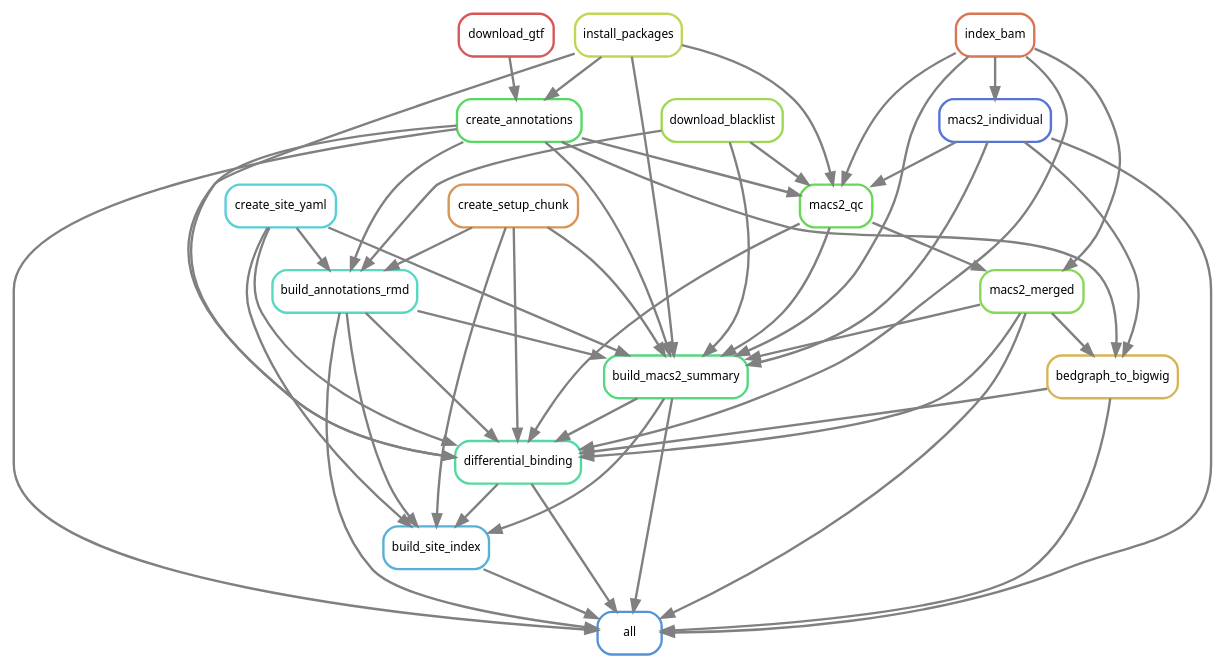
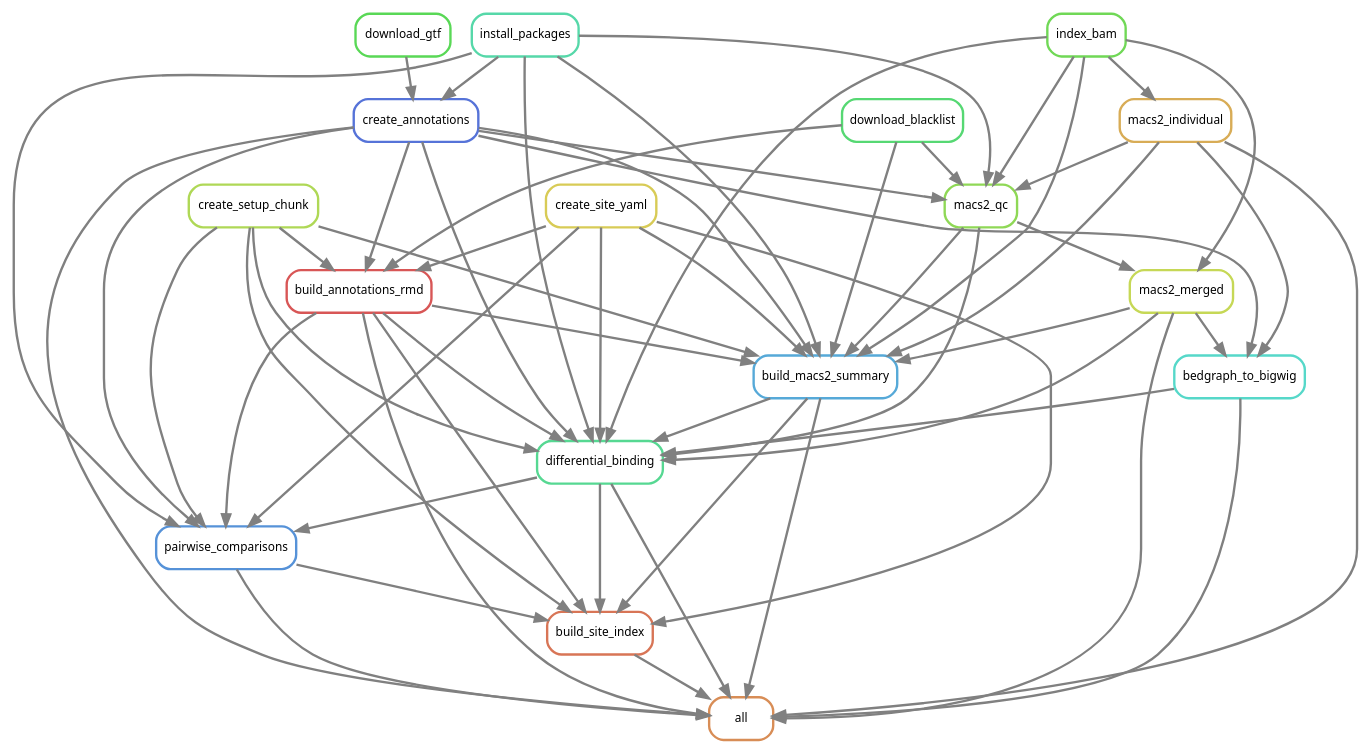
The diagram in workflow/rules/rulegraph.dot (smped/GRAVI), drawn with Graphviz before and after one commit. The commit also changed 2 other files, not shown here.

```diff
--- a/workflow/rules/rulegraph.dot
+++ b/workflow/rules/rulegraph.dot
@@ -1,71 +1,80 @@
 digraph snakemake_dag {
     graph[bgcolor=white, margin=0];
     node[shape=box, style=rounded, fontname=sans,                 fontsize=10, penwidth=2];
     edge[penwidth=2, color=grey];
-	0[label = "all", color = "0.59 0.6 0.85", style="rounded"];
-	1[label = "create_annotations", color = "0.35 0.6 0.85", style="rounded"];
-	2[label = "download_gtf", color = "0.00 0.6 0.85", style="rounded"];
-	3[label = "install_packages", color = "0.20 0.6 0.85", style="rounded"];
-	4[label = "build_annotations_rmd", color = "0.47 0.6 0.85", style="rounded"];
-	5[label = "download_blacklist", color = "0.24 0.6 0.85", style="rounded"];
-	6[label = "create_setup_chunk", color = "0.08 0.6 0.85", style="rounded"];
-	7[label = "create_site_yaml", color = "0.51 0.6 0.85", style="rounded"];
-	8[label = "build_macs2_summary", color = "0.39 0.6 0.85", style="rounded"];
-	9[label = "index_bam", color = "0.04 0.6 0.85", style="rounded"];
-	10[label = "macs2_individual", color = "0.63 0.6 0.85", style="rounded"];
-	11[label = "macs2_merged", color = "0.27 0.6 0.85", style="rounded"];
-	12[label = "macs2_qc", color = "0.31 0.6 0.85", style="rounded"];
-	13[label = "differential_binding", color = "0.43 0.6 0.85", style="rounded"];
-	14[label = "bedgraph_to_bigwig", color = "0.12 0.6 0.85", style="rounded"];
-	15[label = "build_site_index", color = "0.55 0.6 0.85", style="rounded"];
+	0[label = "all", color = "0.07 0.6 0.85", style="rounded"];
+	1[label = "create_annotations", color = "0.63 0.6 0.85", style="rounded"];
+	2[label = "download_gtf", color = "0.33 0.6 0.85", style="rounded"];
+	3[label = "install_packages", color = "0.44 0.6 0.85", style="rounded"];
+	4[label = "build_annotations_rmd", color = "0.00 0.6 0.85", style="rounded"];
+	5[label = "download_blacklist", color = "0.37 0.6 0.85", style="rounded"];
+	6[label = "create_setup_chunk", color = "0.22 0.6 0.85", style="rounded"];
+	7[label = "create_site_yaml", color = "0.15 0.6 0.85", style="rounded"];
+	8[label = "build_macs2_summary", color = "0.56 0.6 0.85", style="rounded"];
+	9[label = "index_bam", color = "0.30 0.6 0.85", style="rounded"];
+	10[label = "macs2_individual", color = "0.11 0.6 0.85", style="rounded"];
+	11[label = "macs2_merged", color = "0.19 0.6 0.85", style="rounded"];
+	12[label = "macs2_qc", color = "0.26 0.6 0.85", style="rounded"];
+	13[label = "differential_binding", color = "0.41 0.6 0.85", style="rounded"];
+	14[label = "bedgraph_to_bigwig", color = "0.48 0.6 0.85", style="rounded"];
+	15[label = "pairwise_comparisons", color = "0.59 0.6 0.85", style="rounded"];
+	16[label = "build_site_index", color = "0.04 0.6 0.85", style="rounded"];
+	4 -> 0
+	1 -> 0
+	16 -> 0
+	10 -> 0
+	11 -> 0
+	13 -> 0
 	14 -> 0
-	11 -> 0
-	1 -> 0
 	8 -> 0
-	13 -> 0
-	4 -> 0
 	15 -> 0
-	10 -> 0
 	2 -> 1
 	3 -> 1
+	7 -> 4
+	6 -> 4
 	5 -> 4
-	6 -> 4
 	1 -> 4
-	7 -> 4
+	4 -> 8
+	10 -> 8
+	1 -> 8
+	11 -> 8
+	7 -> 8
+	12 -> 8
+	6 -> 8
+	5 -> 8
 	9 -> 8
-	6 -> 8
 	3 -> 8
-	5 -> 8
-	11 -> 8
-	1 -> 8
-	12 -> 8
-	4 -> 8
-	7 -> 8
-	10 -> 8
 	9 -> 10
+	12 -> 11
 	9 -> 11
-	12 -> 11
+	1 -> 12
+	10 -> 12
+	5 -> 12
 	9 -> 12
 	3 -> 12
-	5 -> 12
-	1 -> 12
-	10 -> 12
+	4 -> 13
+	1 -> 13
+	11 -> 13
+	7 -> 13
+	12 -> 13
+	6 -> 13
 	9 -> 13
 	14 -> 13
-	6 -> 13
 	3 -> 13
-	11 -> 13
-	1 -> 13
-	12 -> 13
 	8 -> 13
-	4 -> 13
-	7 -> 13
 	11 -> 14
+	10 -> 14
 	1 -> 14
-	10 -> 14
+	4 -> 15
+	1 -> 15
+	7 -> 15
 	6 -> 15
-	8 -> 15
 	13 -> 15
-	4 -> 15
-	7 -> 15
+	3 -> 15
+	4 -> 16
+	7 -> 16
+	6 -> 16
+	13 -> 16
+	8 -> 16
+	15 -> 16
 }            
```
